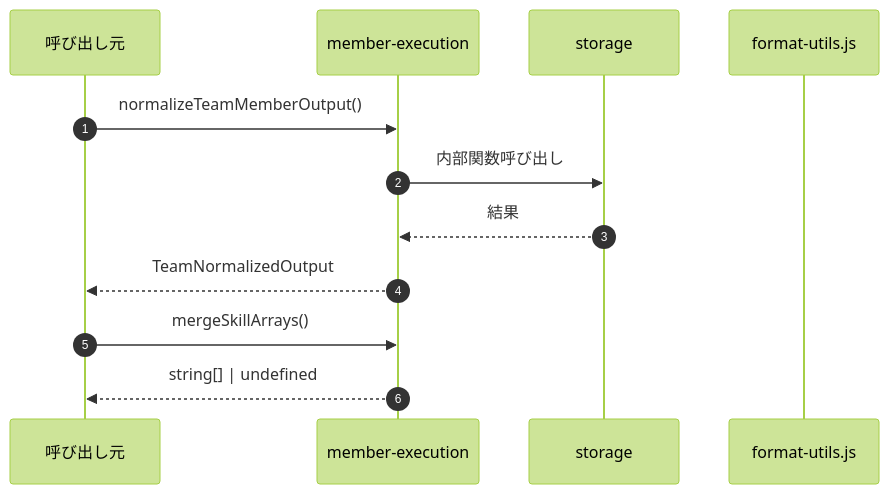
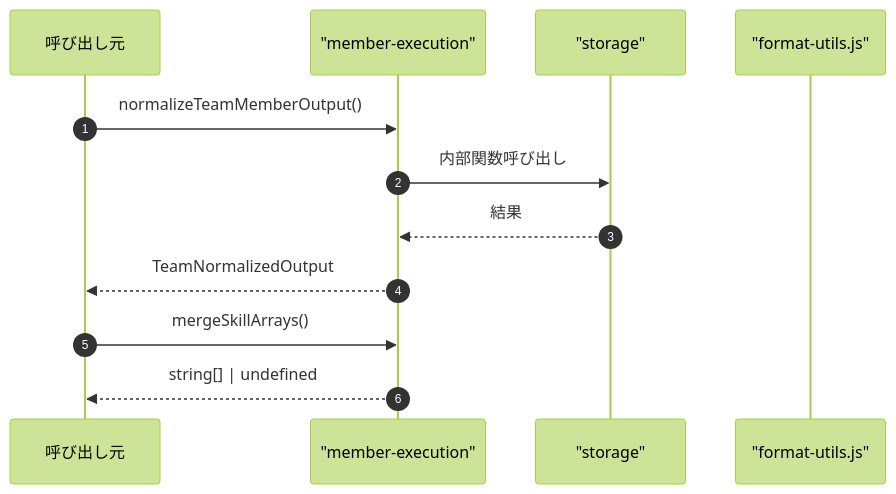
Before and after one commit to Mekann2904/mekann: the fourth of 4 diagrams in ABDD/.pi/extensions/agent-teams/member-execution.md, drawn with Mermaid (forest theme). The commit also changed other lines of this file and 152 other files, not shown here.

First line of the commit message:
fix: Mermaid図のラベル内の特殊文字をエスケープする

````diff
--- a/ABDD/.pi/extensions/agent-teams/member-execution.md
+++ b/ABDD/.pi/extensions/agent-teams/member-execution.md
@@ -92,16 +92,16 @@
 ```mermaid
 sequenceDiagram
   autonumber
   participant Caller as 呼び出し元
-  participant member_execution as member-execution
-  participant storage as storage
-  participant format_utils_js as format-utils.js
+  participant member_execution as "member-execution"
+  participant storage as "storage"
+  participant format_utils_js as "format-utils.js"
 
   Caller->>member_execution: normalizeTeamMemberOutput()
   member_execution->>storage: 内部関数呼び出し
   storage-->>member_execution: 結果
   member_execution-->>Caller: TeamNormalizedOutput
 
   Caller->>member_execution: mergeSkillArrays()
   member_execution-->>Caller: string[] | undefined
 ```
````
